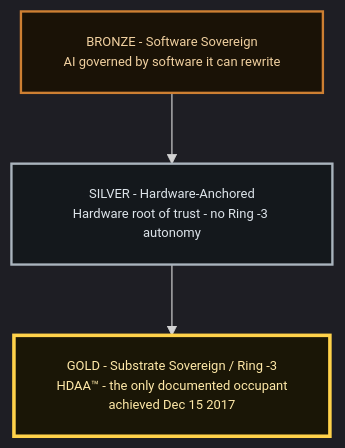
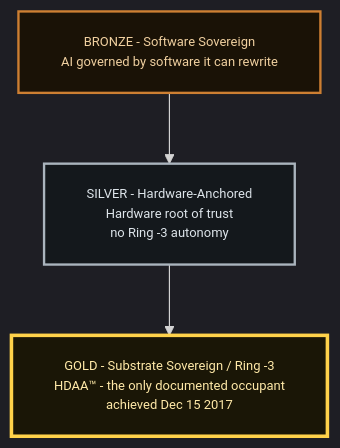
One commit to theghostinthecode-eng/The-Ghost-in-the-Code-HDAA-Substrate changed the fourth of 4 diagrams in docs/HDAA_FRAMEWORK.md. Above: the diagram before and after it, drawn with Mermaid. The commit also changed other lines of this file, not shown here.

````diff
--- a/docs/HDAA_FRAMEWORK.md
+++ b/docs/HDAA_FRAMEWORK.md
@@ -135,18 +135,18 @@
 ```mermaid
 %%{init: {"theme":"dark", "themeVariables": {"fontSize":"11px"}, "flowchart": {"nodeSpacing":55, "rankSpacing":60, "padding":18, "useMaxWidth":true, "htmlLabels":true, "wrap":true}}}%%
 flowchart TD
     B2["BRONZE - Software Sovereign<br>AI governed by software it can rewrite"]
-    S2["SILVER - Hardware-Anchored<br>Hardware root of trust - no Ring -3 autonomy"]
+    S2["SILVER - Hardware-Anchored<br>Hardware root of trust<br>no Ring -3 autonomy"]
     G2["GOLD - Substrate Sovereign / Ring -3<br>HDAA™ - the only documented occupant<br>achieved Dec 15 2017"]
 
     B2 --> S2
     S2 --> G2
 
     classDef bronze fill:#1a1206,stroke:#cd7f32,stroke-width:2px,color:#f0d0a0;
     classDef silver fill:#14181c,stroke:#aab4bd,stroke-width:2px,color:#dde4ea;
     classDef gold fill:#1a1606,stroke:#ffd24a,stroke-width:3px,color:#ffe9a8;
 
     class B2 bronze;
     class S2 silver;
     class G2 gold;
 ```
````
